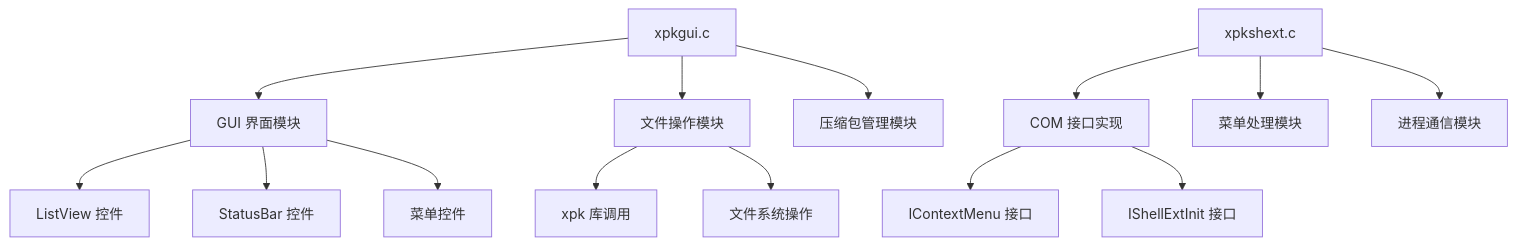
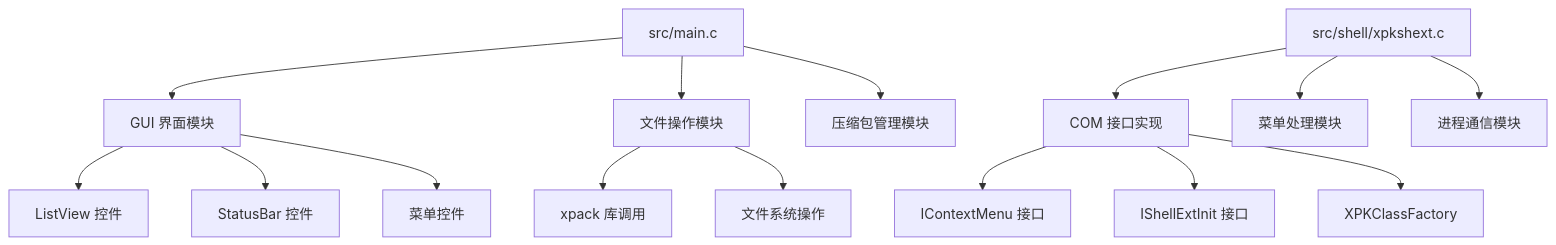
Before and after one commit to xywhsoft/xpack: the ninth of 11 diagrams in .qoder/repowiki/zh/content/开发者指南/xpkgui Windows Shell 扩展.md, drawn with Mermaid. The commit also changed other lines of this file and 14 other files, not shown here.

````diff
--- a/.qoder/repowiki/zh/content/开发者指南/xpkgui Windows Shell 扩展.md
+++ b/.qoder/repowiki/zh/content/开发者指南/xpkgui Windows Shell 扩展.md
@@ -337,16 +405,17 @@
 ```mermaid
 graph TD
-A[xpkgui.c] --> B[GUI 界面模块]
+A[src/main.c] --> B[GUI 界面模块]
 A --> C[文件操作模块]
 A --> D[压缩包管理模块]
-E[xpkshext.c] --> F[COM 接口实现]
+E[src/shell/xpkshext.c] --> F[COM 接口实现]
 E --> G[菜单处理模块]
 E --> H[进程通信模块]
 F --> I[IContextMenu 接口]
 F --> J[IShellExtInit 接口]
-B --> K[ListView 控件]
-B --> L[StatusBar 控件]
-B --> M[菜单控件]
-C --> N[xpk 库调用]
-C --> O[文件系统操作]
+F --> K[XPKClassFactory]
+B --> L[ListView 控件]
+B --> M[StatusBar 控件]
+B --> N[菜单控件]
+C --> O[xpack 库调用]
+C --> P[文件系统操作]
 ```
````
